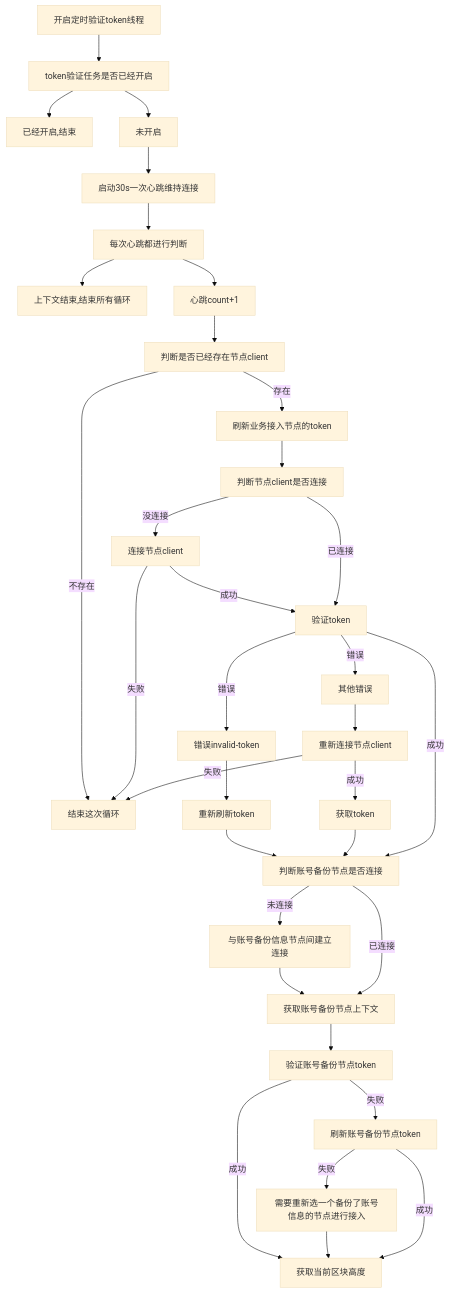
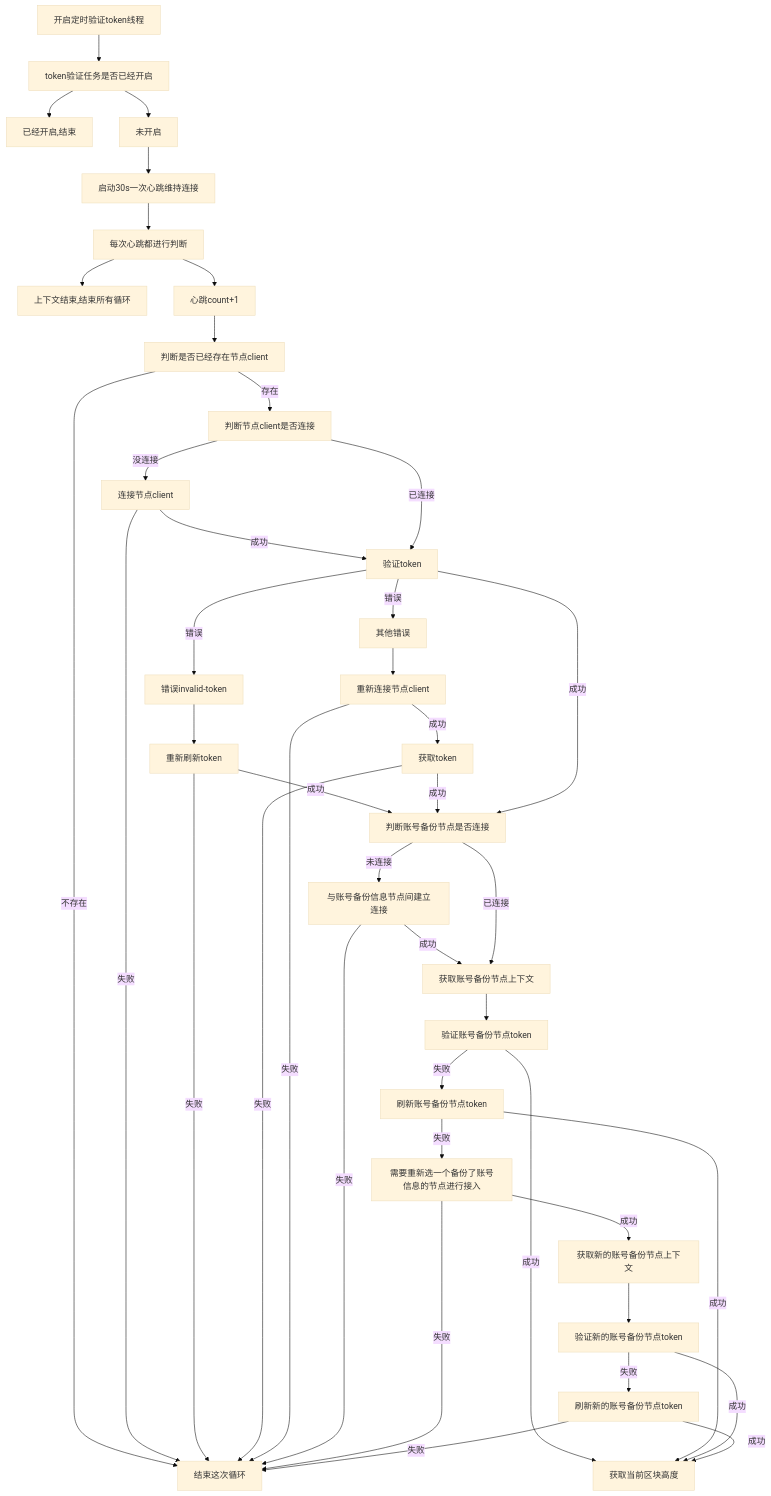
One commit to dcnetio/web-dc-api changed the sixth of 6 diagrams in 初始化逻辑.md. Above: the diagram before and after it, drawn with Mermaid (base theme). The commit also changed other lines of this file, not shown here.

````diff
--- a/初始化逻辑.md
+++ b/初始化逻辑.md
@@ -60,26 +59,37 @@
 ```mermaid
 graph TD
 开启定时验证token线程--> token验证任务是否已经开启 
 token验证任务是否已经开启 --> 已经开启,结束
 token验证任务是否已经开启 --> 未开启 --> 启动30s一次心跳维持连接 --> 每次心跳都进行判断
 每次心跳都进行判断 --> 上下文结束,结束所有循环
 每次心跳都进行判断 --> 心跳count+1 --> 判断是否已经存在节点client
 判断是否已经存在节点client -- 不存在 --> 结束这次循环
-判断是否已经存在节点client -- 存在 --> 刷新业务接入节点的token --> 判断节点client是否连接
+判断是否已经存在节点client -- 存在 --> 判断节点client是否连接
 判断节点client是否连接 -- 没连接 --> 连接节点client
 连接节点client -- 成功 --> 验证token 
 连接节点client -- 失败 --> 结束这次循环
 判断节点client是否连接 -- 已连接 --> 验证token
-验证token -- 错误 --> 错误invalid-token --> 重新刷新token --> 判断账号备份节点是否连接
+验证token -- 错误 --> 错误invalid-token --> 重新刷新token
+重新刷新token -- 成功 --> 判断账号备份节点是否连接
+重新刷新token -- 失败 --> 结束这次循环
 验证token -- 错误 --> 其他错误 --> 重新连接节点client
-重新连接节点client -- 成功 --> 获取token --> 判断账号备份节点是否连接
+重新连接节点client -- 成功 --> 获取token
+获取token -- 成功 --> 判断账号备份节点是否连接
+获取token -- 失败 --> 结束这次循环
 重新连接节点client -- 失败 --> 结束这次循环
 验证token -- 成功 --> 判断账号备份节点是否连接
-判断账号备份节点是否连接 -- 未连接 --> 与账号备份信息节点间建立连接 --> 获取账号备份节点上下文
-判断账号备份节点是否连接 -- 已连接 --> 获取账号备份节点上下文
-获取账号备份节点上下文 --> 验证账号备份节点token
+判断账号备份节点是否连接 -- 未连接 --> 与账号备份信息节点间建立连接
+与账号备份信息节点间建立连接 -- 成功 --> 获取账号备份节点上下文
+与账号备份信息节点间建立连接 -- 失败 --> 结束这次循环
+判断账号备份节点是否连接 -- 已连接 --> 获取账号备份节点上下文 --> 验证账号备份节点token
 验证账号备份节点token -- 成功 --> 获取当前区块高度
 验证账号备份节点token -- 失败 --> 刷新账号备份节点token
-刷新账号备份节点token -- 失败 --> 需要重新选一个备份了账号信息的节点进行接入 --> 获取当前区块高度
 刷新账号备份节点token -- 成功 --> 获取当前区块高度
+刷新账号备份节点token -- 失败 --> 需要重新选一个备份了账号信息的节点进行接入
+需要重新选一个备份了账号信息的节点进行接入 -- 失败 --> 结束这次循环
+需要重新选一个备份了账号信息的节点进行接入 -- 成功 --> 获取新的账号备份节点上下文 --> 验证新的账号备份节点token
+验证新的账号备份节点token -- 成功 --> 获取当前区块高度
+验证新的账号备份节点token -- 失败 --> 刷新新的账号备份节点token
+刷新新的账号备份节点token -- 成功 --> 获取当前区块高度
+刷新新的账号备份节点token -- 失败 --> 结束这次循环
 ```
````
